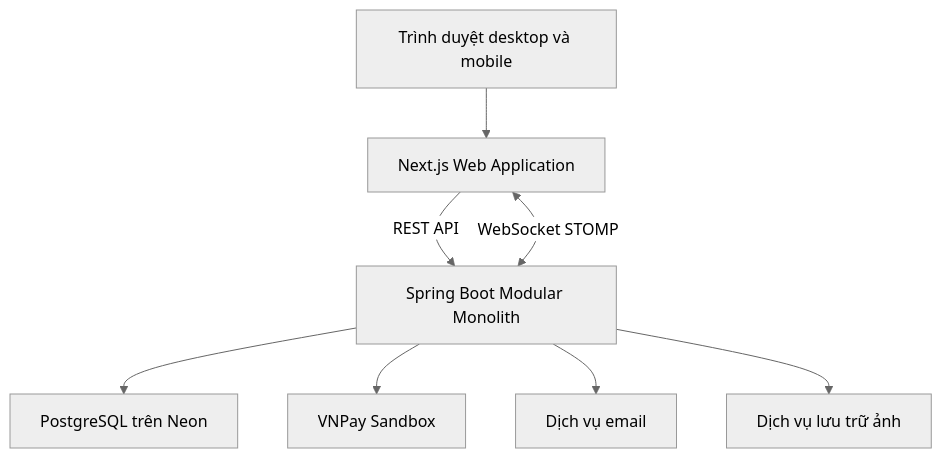
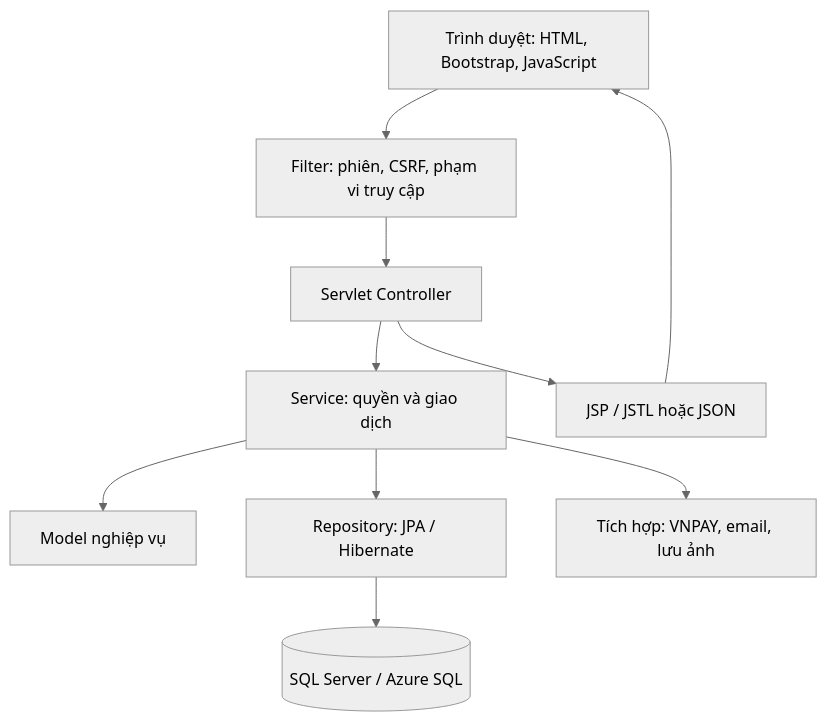
The diagram in spec.md (l3vu0ng/TicketsCenter), drawn with Mermaid (neutral theme) before and after one commit. The commit also changed other lines of this file and 10 other files, not shown here.

````diff
--- a/spec.md
+++ b/spec.md
@@ -155,18 +62,12 @@
 ```mermaid
 flowchart TD
-    U[Trình duyệt desktop và mobile]
-    W[Next.js Web Application]
-    B[Spring Boot Modular Monolith]
-    D[PostgreSQL trên Neon]
-    V[VNPay Sandbox]
-    E[Dịch vụ email]
-    S[Dịch vụ lưu trữ ảnh]
-
-    U --> W
-    W -->|REST API| B
-    W <-->|WebSocket STOMP| B
-    B --> D
-    B --> V
-    B --> E
-    B --> S
+    B[Trình duyệt: HTML, Bootstrap, JavaScript] --> F[Filter: phiên, CSRF, phạm vi truy cập]
+    F --> C[Servlet Controller]
+    C --> S[Service: quyền và giao dịch]
+    S --> M[Model nghiệp vụ]
+    S --> R[Repository: JPA / Hibernate]
+    R --> D[(SQL Server / Azure SQL)]
+    S --> I[Tích hợp: VNPAY, email, lưu ảnh]
+    C --> V[JSP / JSTL hoặc JSON]
+    V --> B
 ```
````
